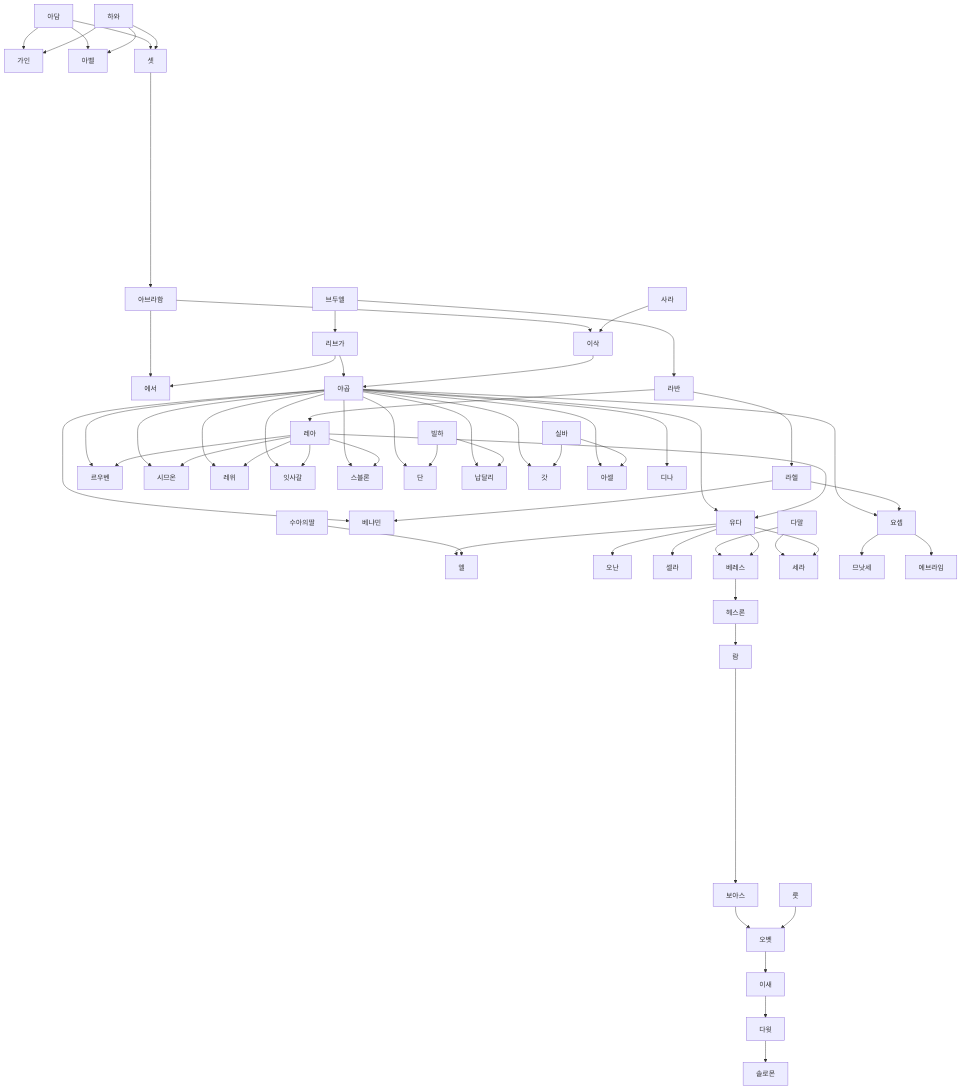
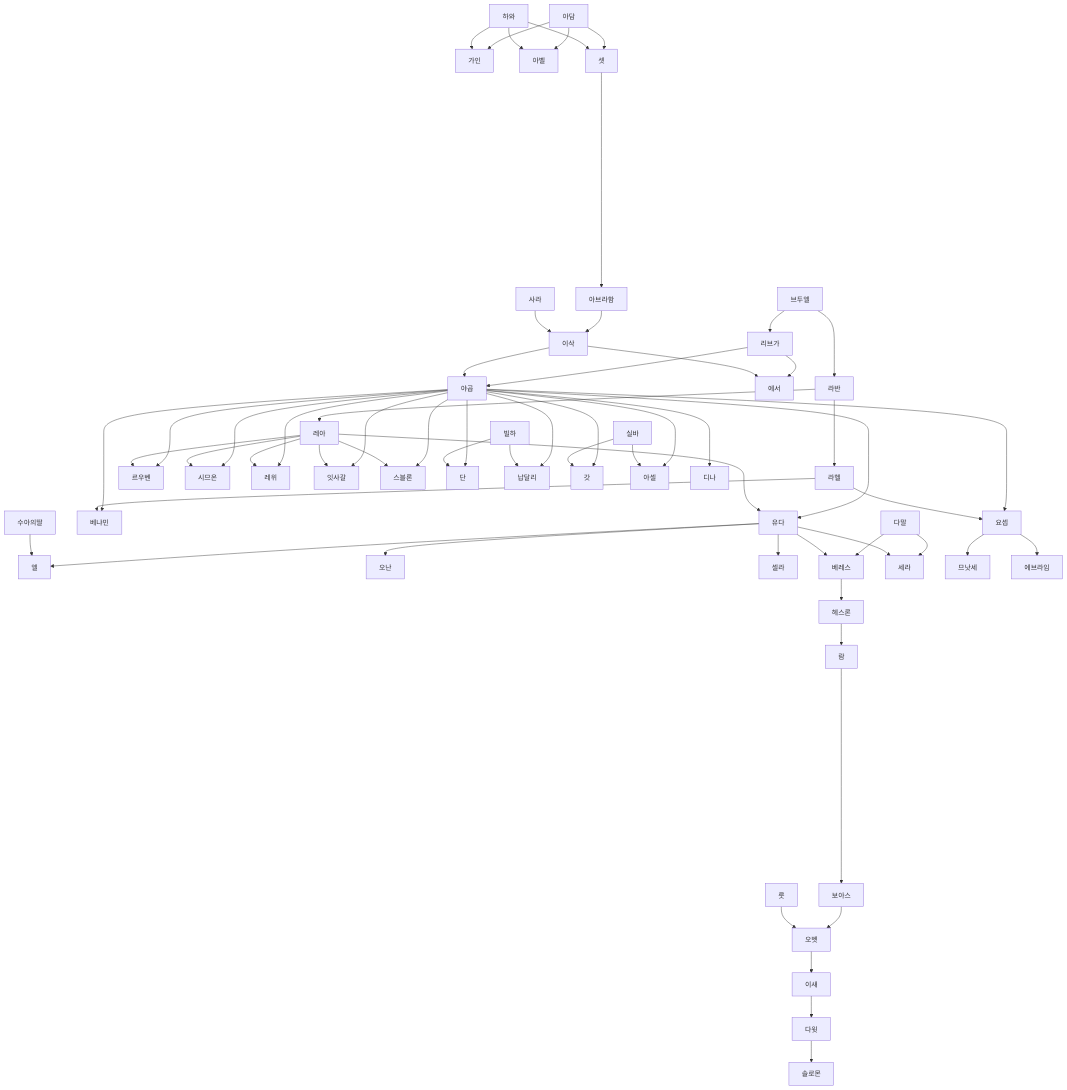
Before and after one commit to daewonyoon/historigram: the diagram in 기독교/성경가계도.md, drawn with Mermaid.

Commit message:
에서 실수 수정

````diff
--- a/기독교/성경가계도.md
+++ b/기독교/성경가계도.md
@@ -1,75 +1,75 @@
 ```mermaid
 flowchart TD
 
  아담 --> 가인
  아담 --> 아벨
  아담 --> 셋
  
  하와 --> 가인
  하와 --> 아벨
  하와 --> 셋
  
  
  셋 -------------------> 아브라함 --> 이삭
  사라 --> 이삭
- 아브라함 --> 에서
 
  브두엘 --> 리브가
  브두엘 --> 라반
 
  리브가 --> 에서
  리브가 --> 야곱
 
  라반 --> 라헬
  라반 --> 레아
  
  이삭 --> 야곱
+ 이삭 --> 에서
  
  야곱 ---> 르우벤
  야곱 ---> 시므온
  야곱 ---> 레위
  야곱 ----> 유다
  야곱 ---> 잇사갈
  야곱 ---> 스블론
  야곱 ---> 단
  야곱 ---> 납달리
  야곱 ---> 갓
  야곱 ---> 아셀
  야곱 ----> 베냐민
  야곱 ---> 디나
  야곱 ----> 요셉
  레아 --> 르우벤
  레아 --> 시므온
  레아 --> 레위
  레아 --> 유다
  빌하 --> 단
  빌하 --> 납달리
  실바 --> 갓
  실바 --> 아셀
  레아 --> 잇사갈
  레아 --> 스블론
  
  라헬 --> 요셉
  라헬 --> 베냐민
 
  유다 --> 엘
  유다 --> 오난
  유다 --> 셀라
  수아의딸 --> 엘
  
  다말 --> 베레스
  다말 --> 세라
  유다 --> 베레스
  유다 --> 세라
  
  요셉 --> 므낫세
  요셉 --> 에브라임
  
  베레스 --> 헤스론 --> 람 -------------> 보아스
  
  보아스 --> 오벳
  룻 --> 오벳
  
  오벳 --> 이새 --> 다윗  --> 솔로몬
  
 ```
````
